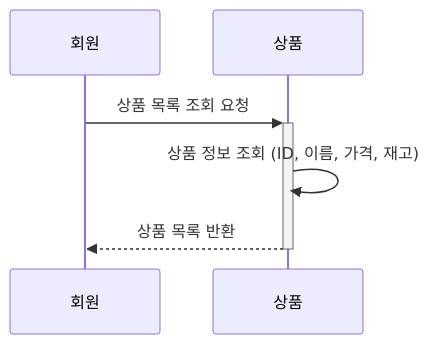
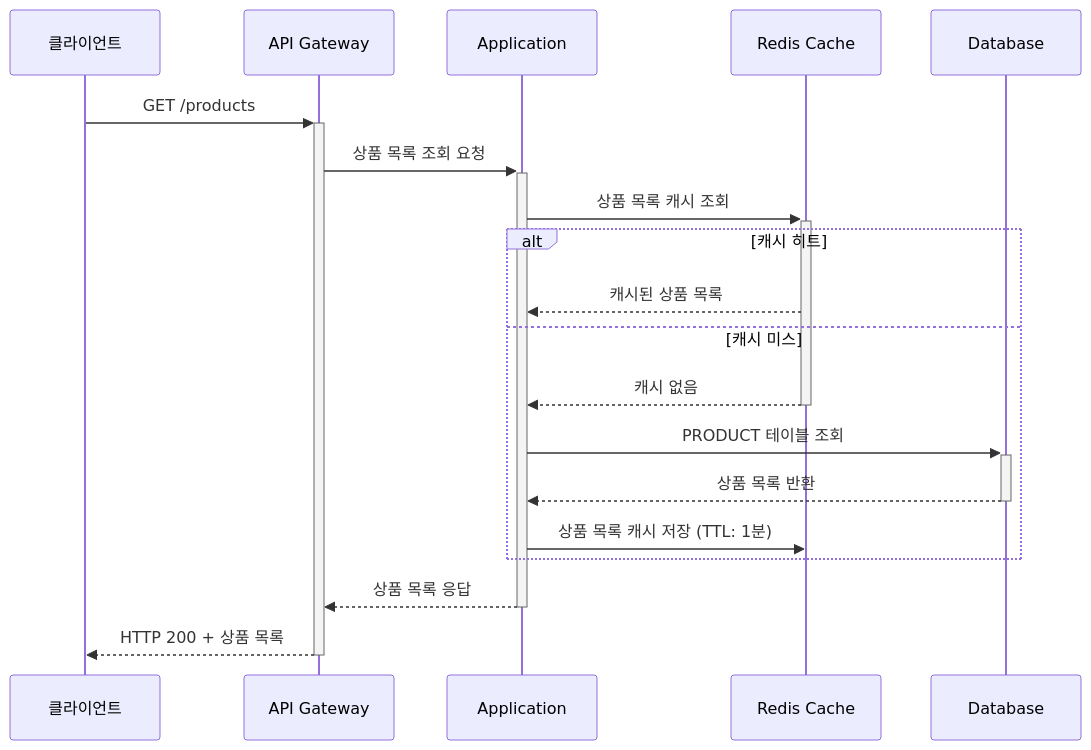
The third of 7 diagrams in docs/sequence_diagram.md (yuni02/hhplus-ecommerce), drawn with Mermaid before and after one commit. The commit also changed other lines of this file and 2 other files, not shown here.

First line of the commit message:
chore: erd에 상태값 추가하고 시퀀스 다이어그램을 기술적 계층 단위별로 분리하는 방식으로 변경

````diff
--- a/docs/sequence_diagram.md
+++ b/docs/sequence_diagram.md
@@ -34,9 +57,25 @@
 ```mermaid
 sequenceDiagram
-    participant User as 회원
-    participant Product as 상품
+    participant Client as 클라이언트
+    participant API as API Gateway
+    participant App as Application
+    participant Redis as Redis Cache
+    participant DB as Database
 
-    User->>+Product: 상품 목록 조회 요청
-    Product->>Product: 상품 정보 조회 (ID, 이름, 가격, 재고)
-    Product-->>-User: 상품 목록 반환
+    Client->>+API: GET /products
+    API->>+App: 상품 목록 조회 요청
+    
+    App->>+Redis: 상품 목록 캐시 조회
+    
+    alt 캐시 히트
+        Redis-->>App: 캐시된 상품 목록
+    else 캐시 미스
+        Redis-->>-App: 캐시 없음
+        App->>+DB: PRODUCT 테이블 조회
+        DB-->>-App: 상품 목록 반환
+        App->>Redis: 상품 목록 캐시 저장 (TTL: 1분)
+    end
+    
+    App-->>-API: 상품 목록 응답
+    API-->>-Client: HTTP 200 + 상품 목록
 ```
````
